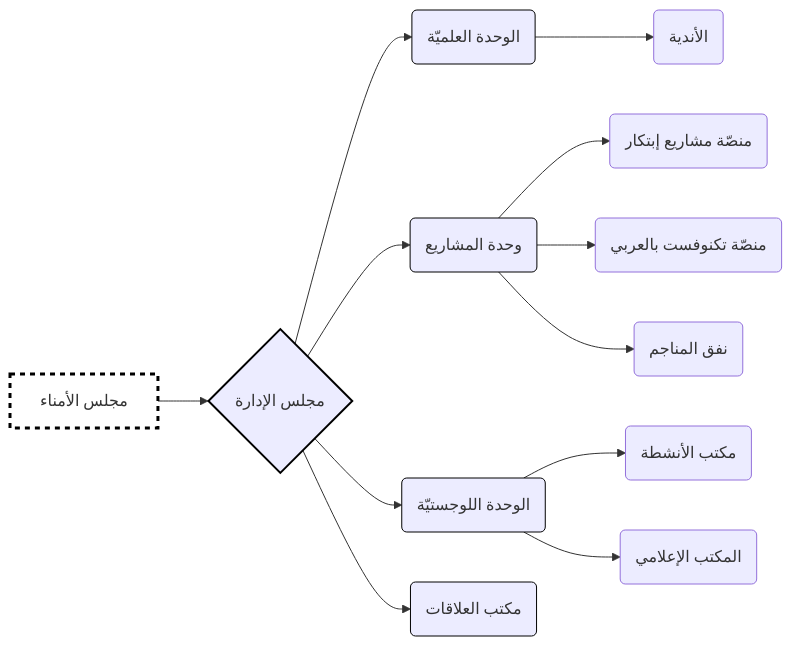
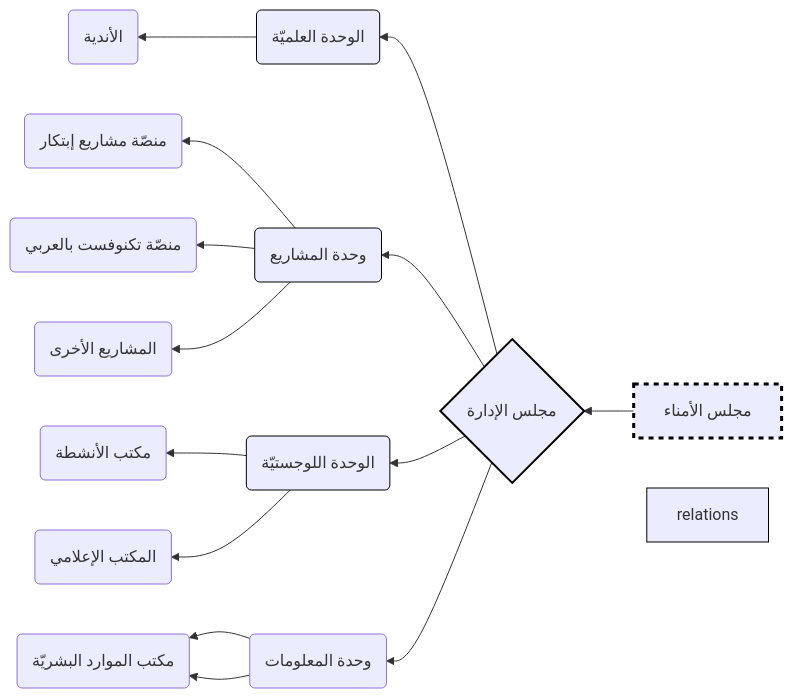
One commit to cankanalbir/system1 changed the first of 2 diagrams in README22.md. Above: the diagram before and after it, drawn with Mermaid. The commit also changed other lines of this file, not shown here.

````diff
--- a/README22.md
+++ b/README22.md
@@ -98,25 +99,28 @@
 ``` mermaid
-flowchart LR
+flowchart RL
   BOT[مجلس الأمناء] -->BOD{مجلس الإدارة}
-  style BOT fill:white,stroke:black,stroke-width:3px,stroke-dasharray: 5 5
+  style BOT stroke:black,stroke-width:3px,stroke-dasharray: 5 5
   style BOD stroke:black,stroke-width:2px
 
   BOD --> scientific(الوحدة العلميّة)
   BOD --> projects(وحدة المشاريع)
   BOD --> logistics(الوحدة اللوجستيّة)
-  BOD --> relations(مكتب العلاقات)
+  BOD --> information(وحدة المعلومات)
   
   style scientific stroke:black
   style projects stroke:black
   style logistics stroke:black
   style relations stroke:black
   
   logistics --> l1(مكتب الأنشطة)
   logistics --> l2(المكتب الإعلامي)
   
   projects --> p1(منصّة مشاريع إبتكار)
   projects --> p3(منصّة تكنوفست بالعربي)
-  projects --> p2(نفق المناجم)
+  projects --> p2(المشاريع الأخرى)
   
   scientific --> s1(الأندية)
+
+  information --> i1(مكتب العلاقات)
+  information --> i1(مكتب الموارد البشريّة)
 ```
````
